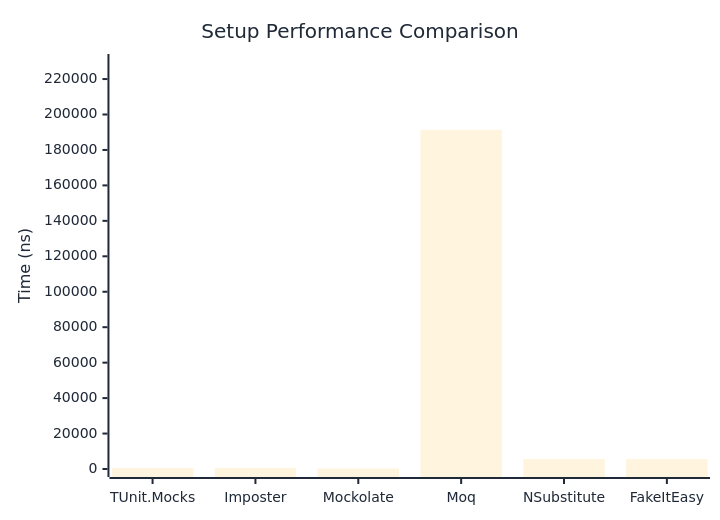
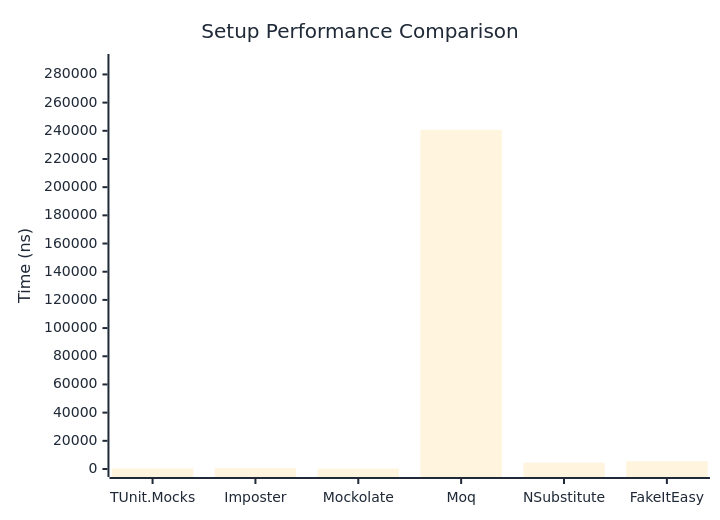
The first of 2 diagrams in docs/docs/benchmarks/mocks/Setup.md (thomhurst/TUnit), drawn with Mermaid before and after one commit. The commit also changed other lines of this file and 14 other files, not shown here.

````diff
--- a/docs/docs/benchmarks/mocks/Setup.md
+++ b/docs/docs/benchmarks/mocks/Setup.md
@@ -30,27 +30,27 @@
 ```mermaid
 %%{init: {
   'theme':'base',
   'themeVariables': {
     'primaryColor': '#2563eb',
     'primaryTextColor': '#1f2937',
     'primaryBorderColor': '#1e40af',
     'lineColor': '#6b7280',
     'secondaryColor': '#7c3aed',
     'tertiaryColor': '#dc2626',
     'background': '#ffffff',
     'pie1': '#2563eb',
     'pie2': '#7c3aed',
     'pie3': '#dc2626',
     'pie4': '#f59e0b',
     'pie5': '#10b981',
     'pie6': '#06b6d4',
     'pie7': '#ec4899',
     'pie8': '#6366f1'
   }
 }}%%
 xychart-beta
   title "Setup Performance Comparison"
   x-axis ["TUnit.Mocks", "Imposter", "Mockolate", "Moq", "NSubstitute", "FakeItEasy"]
-  y-axis "Time (ns)" 0 --> 229619
-  bar [576.5, 695.1, 324.3, 191348.4, 5669.8, 5613.9]
+  y-axis "Time (ns)" 0 --> 288821
+  bar [418.1, 611.6, 248.4, 240683.9, 4545.8, 5555.4]
 ```
````
